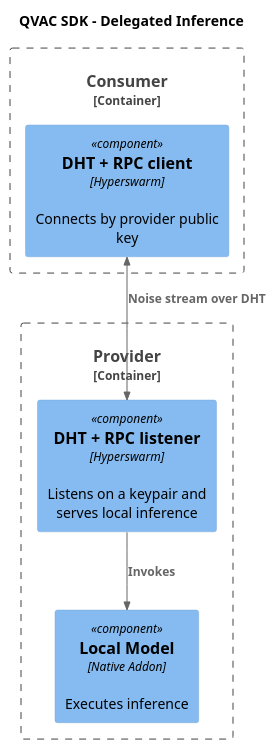
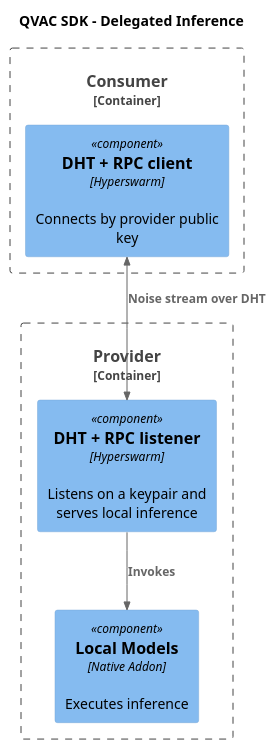
Before and after one commit to tetherto/qvac: the diagram in docs/architecture/puml/09-delegated-inference.puml, drawn with PlantUML. The commit also changed 12 other files, not shown here.

First line of the commit message:
doc[notask]: align architecture diagrams with the engine split

```diff
--- a/docs/architecture/puml/09-delegated-inference.puml
+++ b/docs/architecture/puml/09-delegated-inference.puml
@@ -1,18 +1,18 @@
 @startuml
 !include <C4/C4_Component>
 
 title QVAC SDK - Delegated Inference
 
 Container_Boundary(provider, "Provider") {
     Component(listener, "DHT + RPC listener", "Hyperswarm", "Listens on a keypair and serves local inference")
-    Component(local_model, "Local Model", "Native Addon", "Executes inference")
+    Component(local_model, "Local Models", "Native Addon", "Executes inference")
 }
 
 Container_Boundary(consumer, "Consumer") {
     Component(dialer, "DHT + RPC client", "Hyperswarm", "Connects by provider public key")
 }
 
 Rel(listener, local_model, "Invokes")
 BiRel(dialer, listener, "Noise stream over DHT")
 
 @enduml
```
